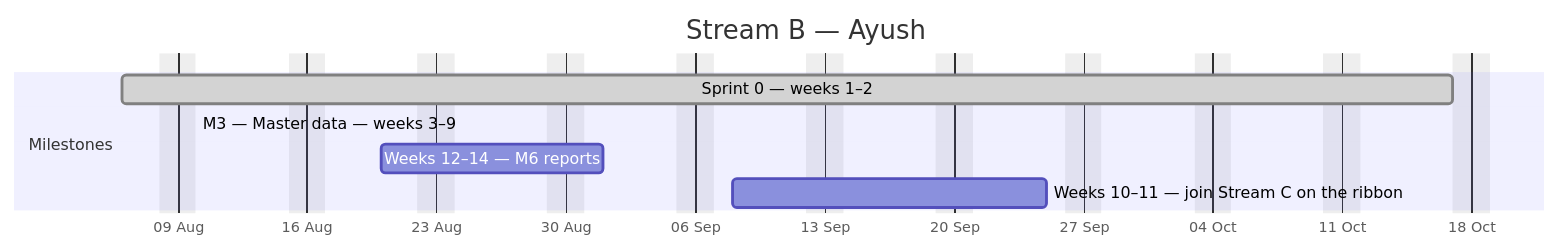
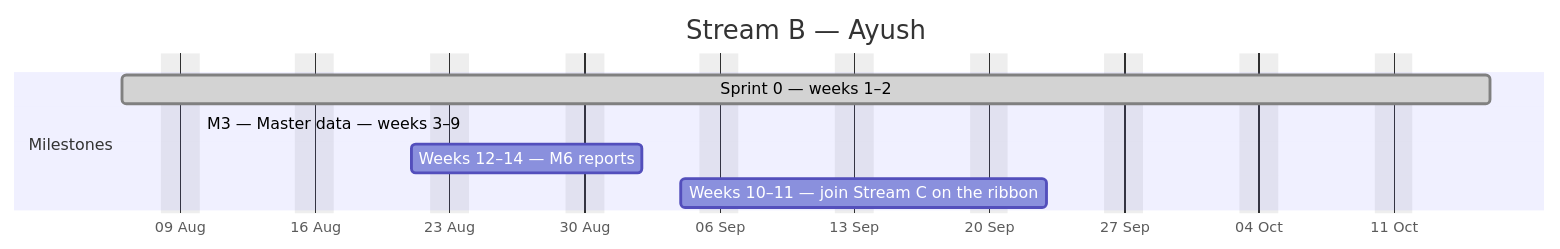
One commit to debashisedunext/EduTrack changed the second of 4 diagrams in docs/plan/GANTT.md. Above: the diagram before and after it, drawn with Mermaid. The commit also changed other lines of this file and 3 other files, not shown here.

````diff
--- a/docs/plan/GANTT.md
+++ b/docs/plan/GANTT.md
@@ -121,12 +121,12 @@
 ```mermaid
 gantt
     dateFormat YYYY-MM-DD
     axisFormat %d %b
     title Stream B — Ayush
     excludes weekends
     section Milestones
-    Sprint 0 — weeks 1–2 :done, b0, 2026-08-06, 52d
-    M3 — Master data — weeks 3–9 :active, b1, 2026-08-10, -20d
-    Weeks 12–14 — M6 reports :b2, 2026-08-20, 8d
-    Weeks 10–11 — join Stream C on the ribbon :b3, 2026-09-08, 13d
+    Sprint 0 — weeks 1–2 :done, b0, 2026-08-06, 51d
+    M3 — Master data — weeks 3–9 :active, b1, 2026-08-10, -21d
+    Weeks 12–14 — M6 reports :b2, 2026-08-21, 8d
+    Weeks 10–11 — join Stream C on the ribbon :b3, 2026-09-04, 13d
 ```
````
